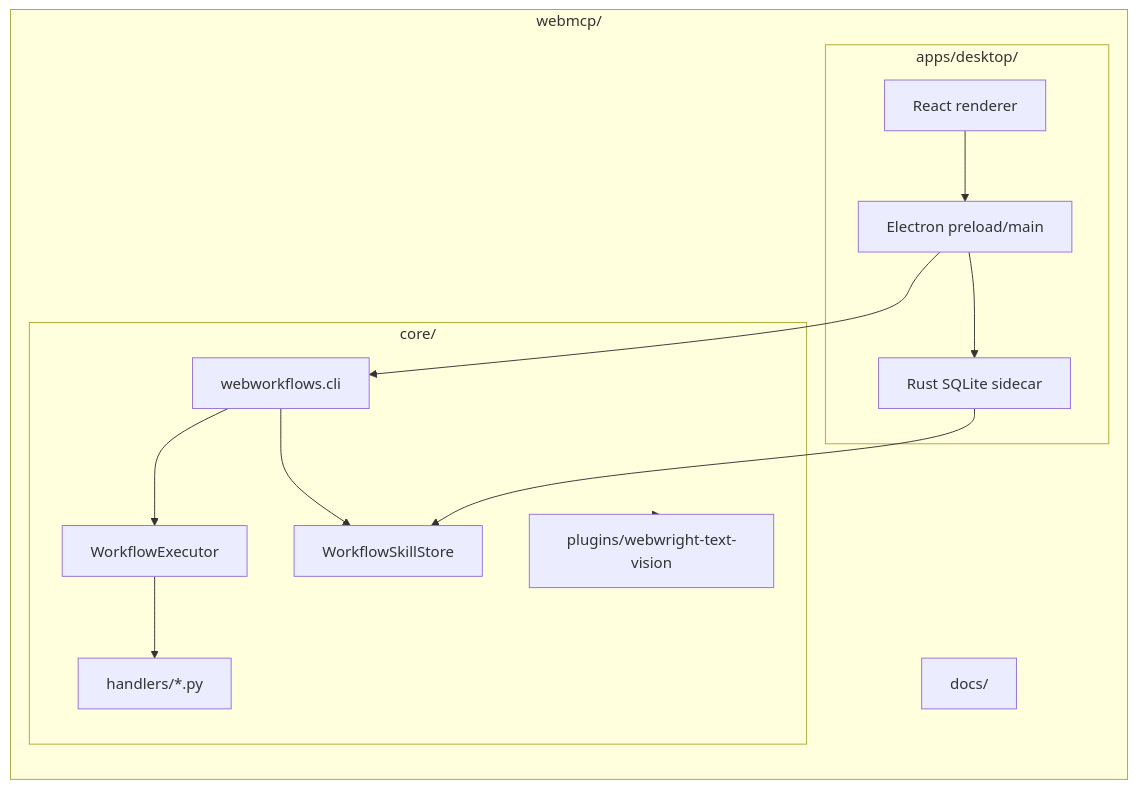
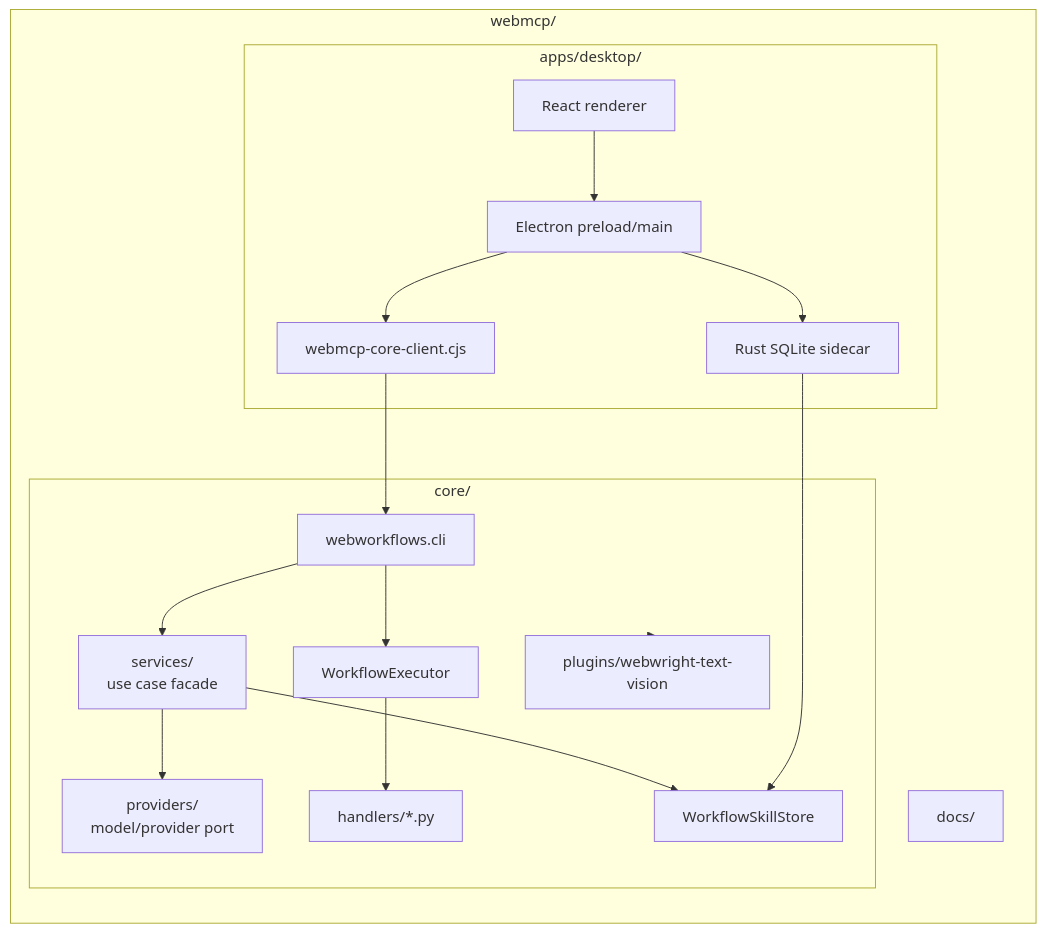
One commit to minguk-jang/spica_at_home changed the first of 6 diagrams in webmcp/docs/ARCHITECTURE.md. Above: the diagram before and after it, drawn with Mermaid. The commit also changed other lines of this file and 23 other files, not shown here.

````diff
--- a/webmcp/docs/ARCHITECTURE.md
+++ b/webmcp/docs/ARCHITECTURE.md
@@ -9,29 +9,35 @@
 ```mermaid
 flowchart LR
   subgraph Slice["webmcp/"]
     subgraph Core["core/"]
       CLI["webworkflows.cli"]
+      Services["services/<br/>use case facade"]
+      Providers["providers/<br/>model/provider port"]
       Executor["WorkflowExecutor"]
       Storage["WorkflowSkillStore"]
       Handlers["handlers/*.py"]
       Plugin["plugins/webwright-text-vision"]
     end
 
     subgraph App["apps/desktop/"]
       React["React renderer"]
       IPC["Electron preload/main"]
+      CoreClient["webmcp-core-client.cjs"]
       Rust["Rust SQLite sidecar"]
     end
 
     Docs["docs/"]
   end
 
   React --> IPC
+  IPC --> CoreClient
   IPC --> Rust
-  IPC --> CLI
+  CoreClient --> CLI
+  CLI --> Services
+  Services --> Providers
   CLI --> Executor
   Executor --> Handlers
-  CLI --> Storage
+  Services --> Storage
   Rust --> Storage
   Core --> Plugin
 ```
````
